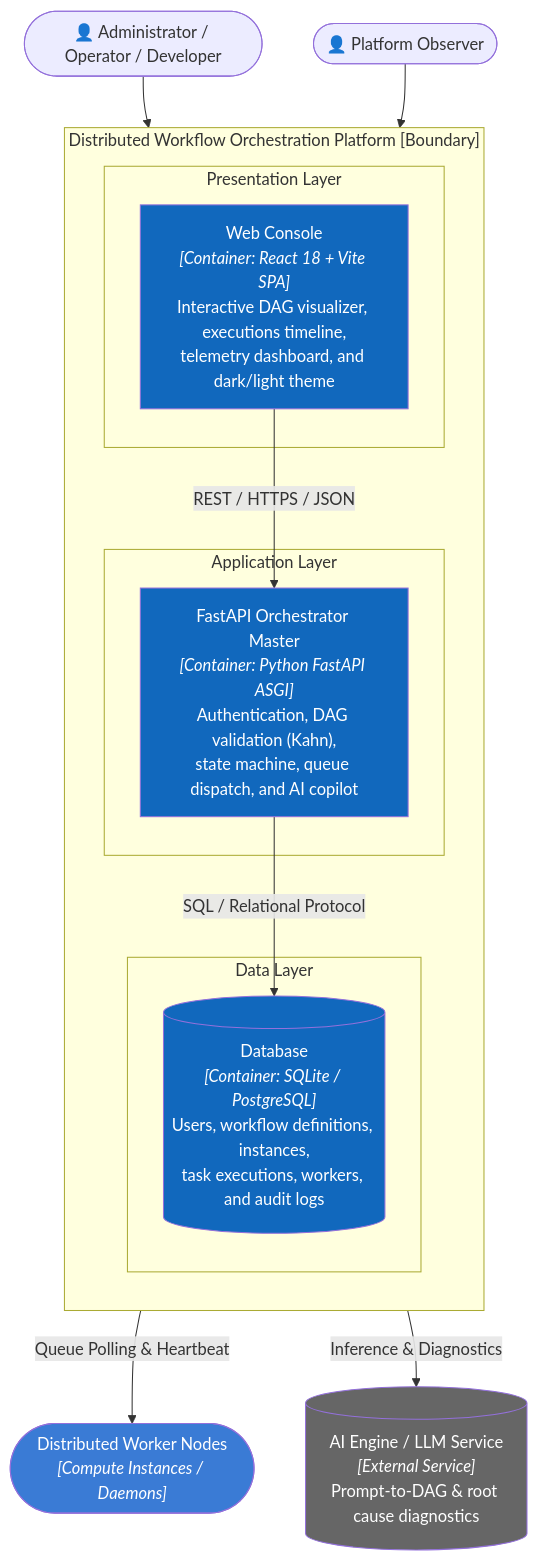
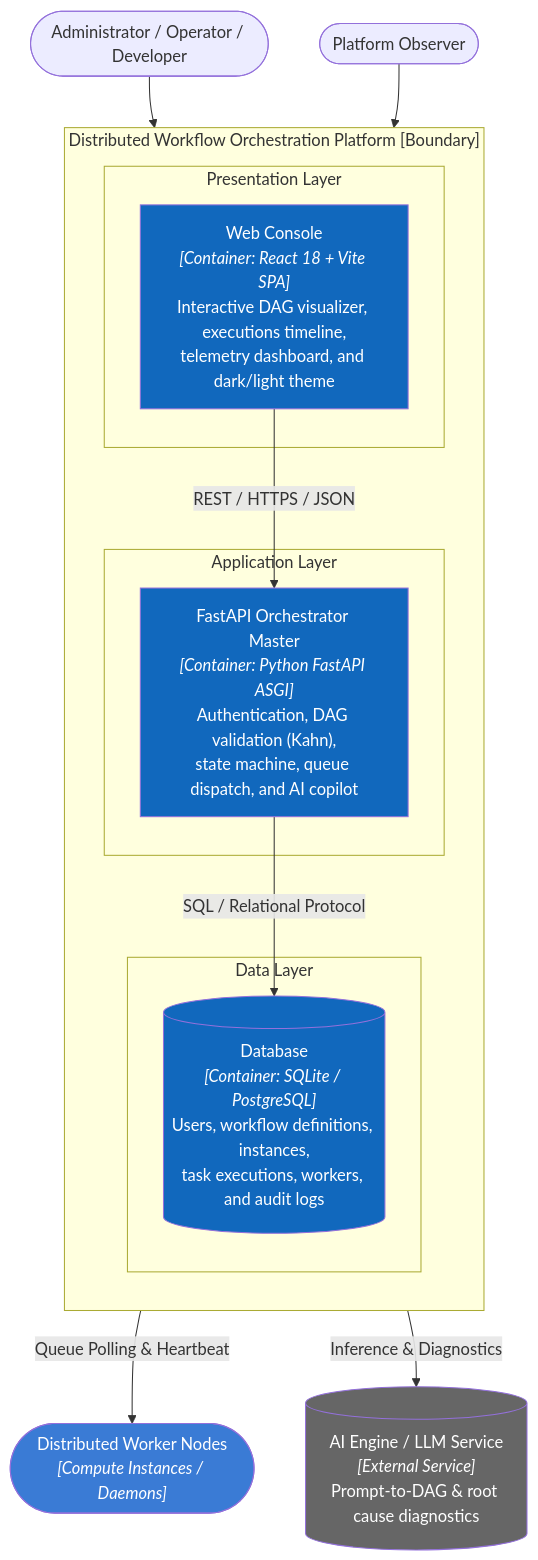
The diagram in docs/architecture/c4/02-container.md (AnCoder1310/FlowForge), drawn with Mermaid before and after one commit. The commit also changed 28 other files, not shown here.

Commit message:
feat: complete FlowForge production-ready DAG engine, conditional branching, visual studio, and fix dashboard metrics anti-jitter

````diff
--- a/docs/architecture/c4/02-container.md
+++ b/docs/architecture/c4/02-container.md
@@ -5,34 +5,34 @@
 ```mermaid
 flowchart TB
-    operator(["👤 Administrator / Operator / Developer"])
-    reader(["👤 Platform Observer"])
+    operator(["Administrator / Operator / Developer"])
+    reader(["Platform Observer"])
     workers(["Distributed Worker Nodes<br/><i>[Compute Instances / Daemons]</i>"])
 
     subgraph platform["Distributed Workflow Orchestration Platform [Boundary]"]
         direction TB
         subgraph presentation["Presentation Layer"]
             web["Web Console<br/><i>[Container: React 18 + Vite SPA]</i><br/>Interactive DAG visualizer, executions timeline,<br/>telemetry dashboard, and dark/light theme"]
         end
         subgraph application["Application Layer"]
             backend["FastAPI Orchestrator Master<br/><i>[Container: Python FastAPI ASGI]</i><br/>Authentication, DAG validation (Kahn),<br/>state machine, queue dispatch, and AI copilot"]
         end
         subgraph data["Data Layer"]
             database[("Database<br/><i>[Container: SQLite / PostgreSQL]</i><br/>Users, workflow definitions, instances,<br/>task executions, workers, and audit logs")]
         end
     end
 
     llm[("AI Engine / LLM Service<br/><i>[External Service]</i><br/>Prompt-to-DAG & root cause diagnostics")]
 
     operator --> web
     reader --> web
     web -- "REST / HTTPS / JSON" --> backend
     backend -- "Queue Polling & Heartbeat" --> workers
     backend -- "Inference & Diagnostics" --> llm
     backend -- "SQL / Relational Protocol" --> database
 
     style web fill:#1168bd,color:#fff
     style backend fill:#1168bd,color:#fff
     style database fill:#1168bd,color:#fff
     style workers fill:#3a7bd5,color:#fff
     style llm fill:#666666,color:#fff
 ```
````
